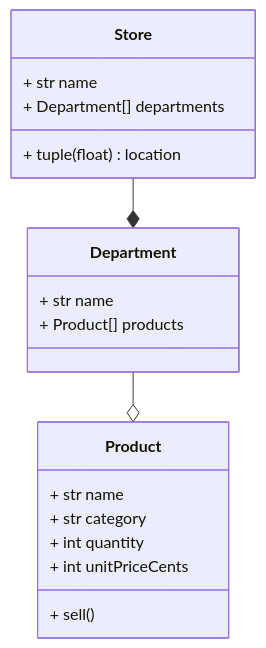
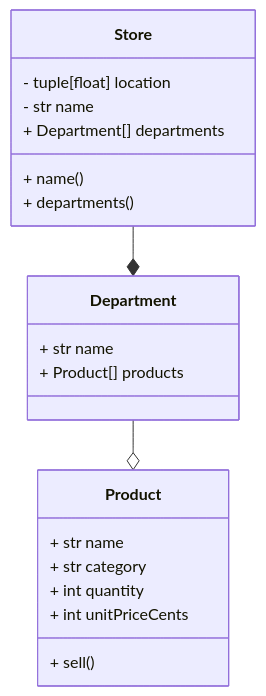
One commit to NM-TAFE/civ-ipriot-in-class-demos changed the diagram in week14/code_examples/03_shop_example/README.md. Above: the diagram before and after it, drawn with Mermaid. The commit also changed other lines of this file and 18 other files, not shown here.

````diff
--- a/week14/code_examples/03_shop_example/README.md
+++ b/week14/code_examples/03_shop_example/README.md
@@ -9,24 +10,26 @@
 ```mermaid
 classDiagram
 	Store --* Department
 	Department --o Product
 
 	class Store {
-		+ tuple(float) location
-		+ str name
+		- tuple[float] location
+		- str name
         + Department[] departments
+		+ name()
+		+ departments()
 	}
 
 	class Department {
 		+ str name
 		+ Product[] products
 	}
 
 	class Product {
 		+ str name
 		+ str category
 		+ int quantity
 		+ int unitPriceCents
 		+ sell()
 	}
 ```
````
